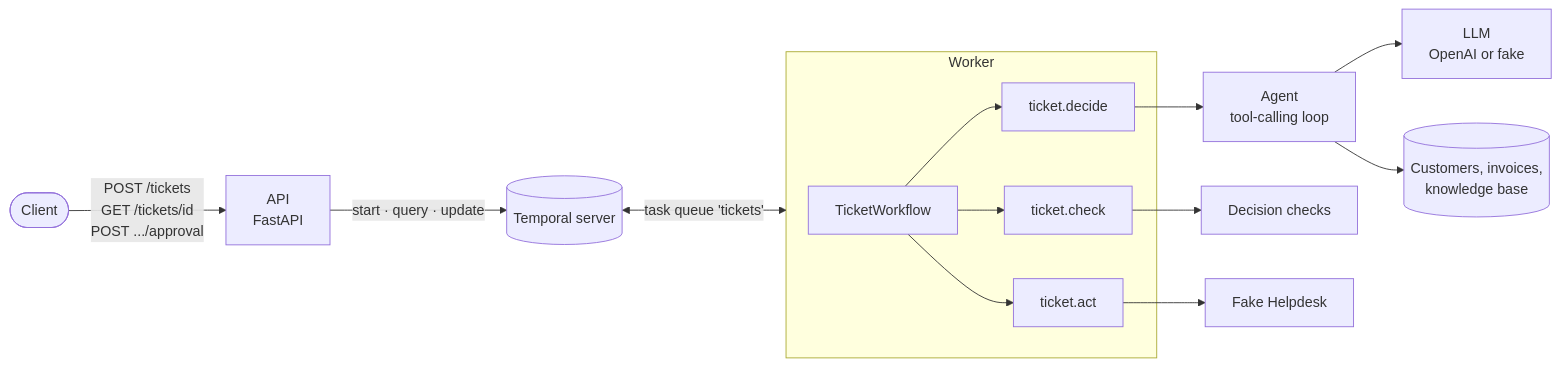
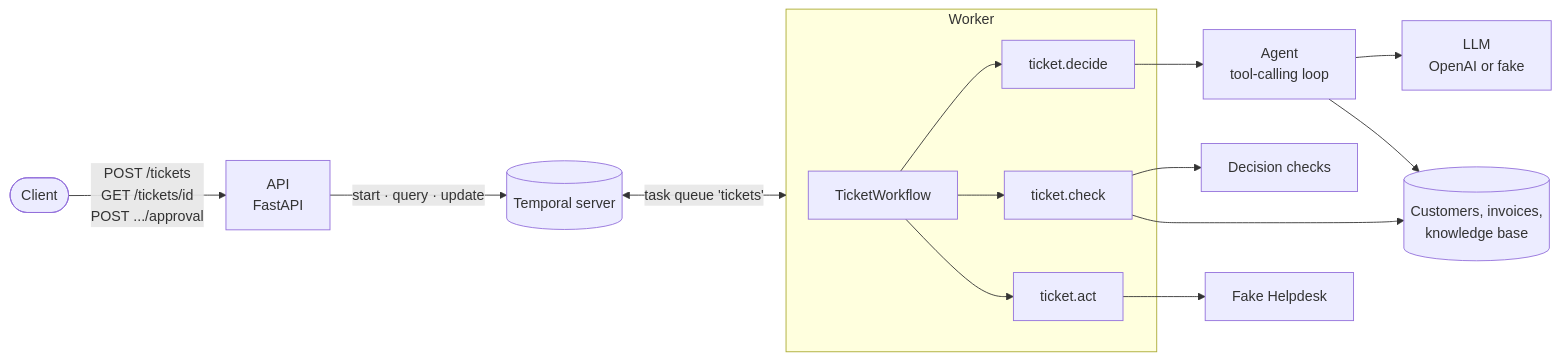
One commit to AleksanderKol00/northdesk-agent-service changed the diagram in README.md. Above: the diagram before and after it, drawn with Mermaid. The commit also changed other lines of this file, not shown here.

````diff
--- a/README.md
+++ b/README.md
@@ -146,15 +147,16 @@
 ```mermaid
 flowchart LR
     client([Client]) -->|POST /tickets<br>GET /tickets/id<br>POST .../approval| api[API<br>FastAPI]
     api -->|start · query · update| temporal[(Temporal server)]
     temporal <-->|task queue 'tickets'| worker
 
     subgraph worker [Worker]
         wf[TicketWorkflow] --> decide[ticket.decide] & check[ticket.check] & act[ticket.act]
     end
 
     decide --> agent[Agent<br>tool-calling loop] --> llm[LLM<br>OpenAI or fake]
     agent --> data[(Customers, invoices,<br>knowledge base)]
     check --> rules[Decision checks]
+    check --> data
     act --> helpdesk[Fake Helpdesk]
 ```
````
